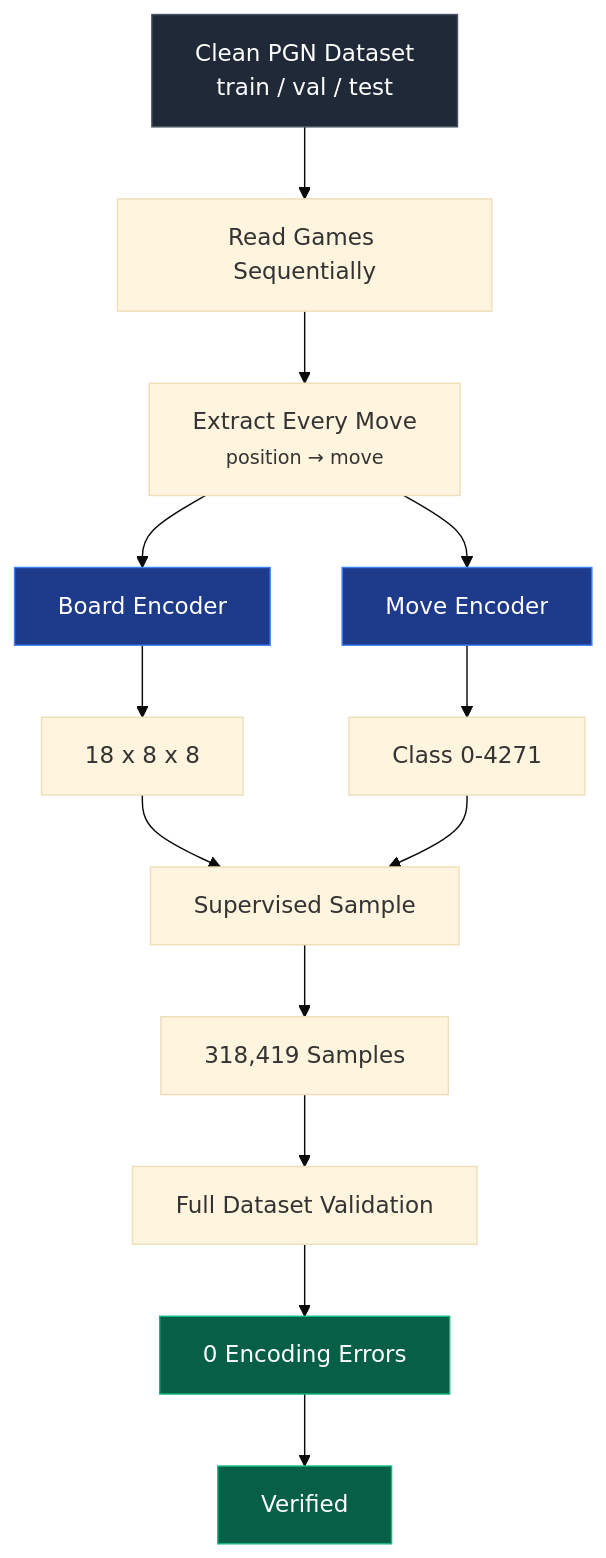
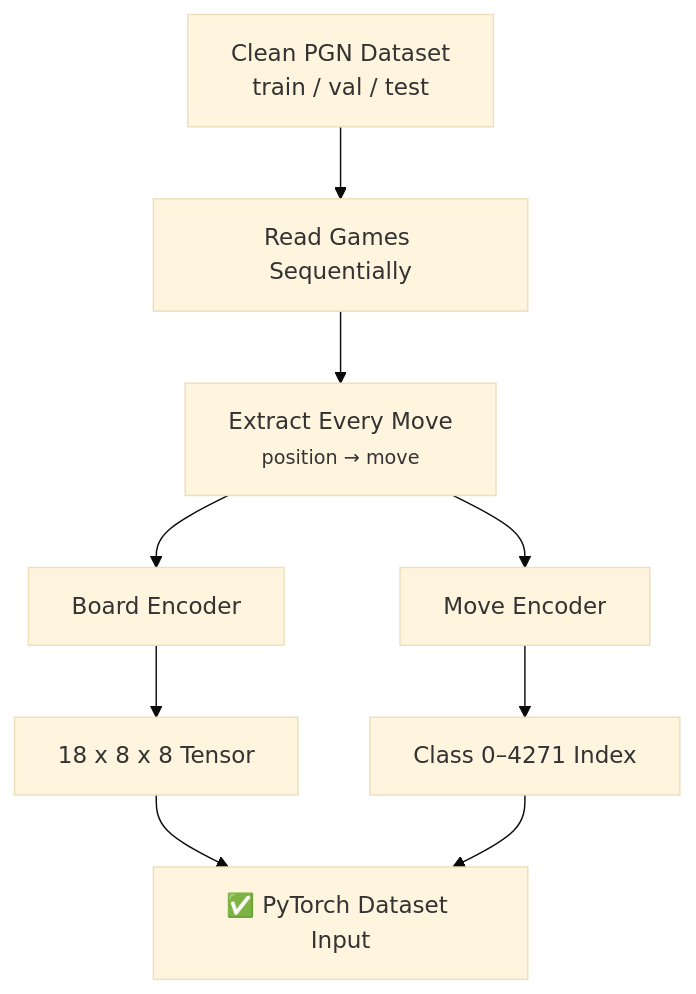
One commit to abinannd/Hikaru-ChessBoat-AI changed the diagram in reports/phase_2_report.md. Above: the diagram before and after it, drawn with Mermaid (base theme). The commit also changed other lines of this file and 32 other files, not shown here.

Commit message:
Expand supervised chess AI with merged PGN dataset and rebuild training pipeline

````diff
--- a/reports/phase_2_report.md
+++ b/reports/phase_2_report.md
@@ -94,21 +61,11 @@
 ```mermaid
 flowchart TD
     A["Clean PGN Dataset<br/>train / val / test"] --> B["Read Games Sequentially"]
     B --> C["Extract Every Move<br/><small>position → move</small>"]
     C --> D["Board Encoder"]
     C --> E["Move Encoder"]
-    D --> F["18 x 8 x 8"]
-    E --> G["Class 0-4271"]
-    F --> H["Supervised Sample"]
+    D --> F["18 x 8 x 8 Tensor"]
+    E --> G["Class 0–4271 Index"]
+    F --> H["✅ PyTorch Dataset Input"]
     G --> H
-    H --> I["318,419 Samples"]
-    I --> J["Full Dataset Validation"]
-    J --> K["0 Encoding Errors"]
-    K --> L["Verified"]
-
-    style A fill:#1f2937,stroke:#4b5563,color:#fff
-    style L fill:#065f46,stroke:#10b981,color:#fff
-    style D fill:#1e3a8a,stroke:#3b82f6,color:#fff
-    style E fill:#1e3a8a,stroke:#3b82f6,color:#fff
-    style K fill:#065f46,stroke:#10b981,color:#fff
 ```
````
